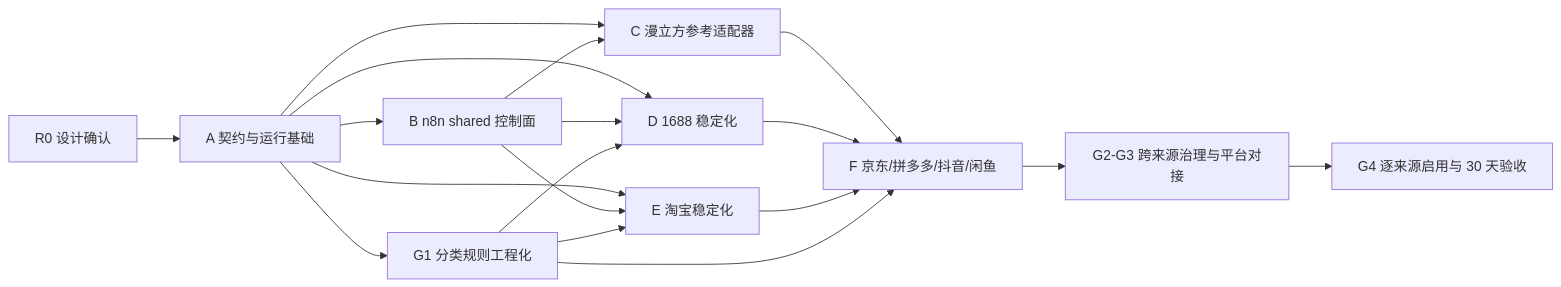
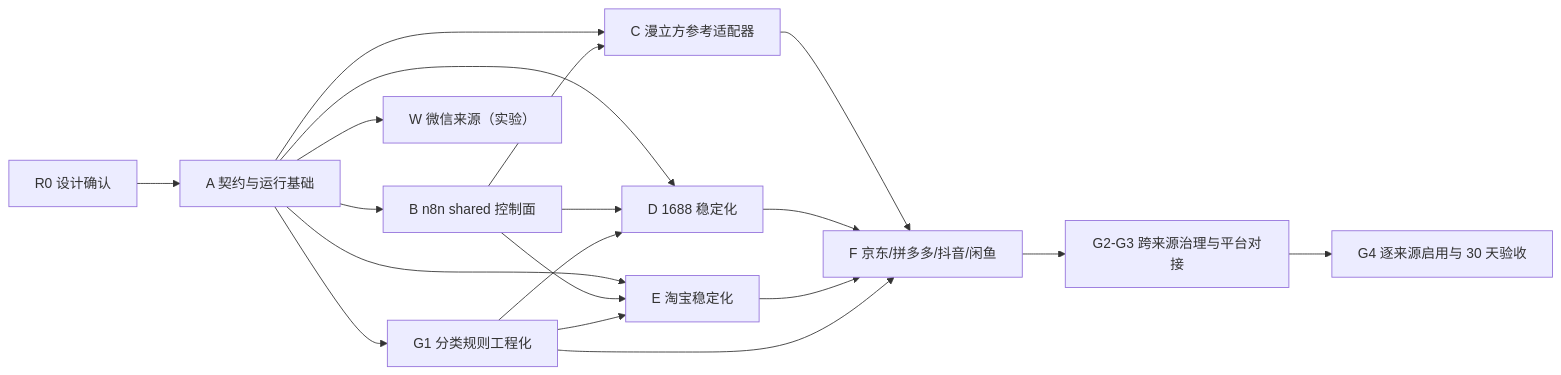
One commit to Tobeicer/data-workflow changed the diagram in docs/游艺圈数据工作流总纲.md. Above: the diagram before and after it, drawn with Mermaid. The commit also changed other lines of this file and 116 other files, not shown here.

First line of the commit message:
feat: unify delivery schema and restructure workspace

````diff
--- a/docs/游艺圈数据工作流总纲.md
+++ b/docs/游艺圈数据工作流总纲.md
@@ -493,20 +498,21 @@
 ```mermaid
 flowchart LR
   R0["R0 设计确认"] --> A["A 契约与运行基础"]
   A --> B["B n8n shared 控制面"]
   A --> C["C 漫立方参考适配器"]
   A --> D["D 1688 稳定化"]
   A --> E["E 淘宝稳定化"]
   A --> G1["G1 分类规则工程化"]
   B --> C
   B --> D
   B --> E
   G1 --> D
   G1 --> E
   C --> F["F 京东/拼多多/抖音/闲鱼"]
   D --> F
   E --> F
   G1 --> F
   F --> G23["G2-G3 跨来源治理与平台对接"]
   G23 --> H["G4 逐来源启用与 30 天验收"]
+  A --> WX["W 微信来源（实验）"]
 ```
````
